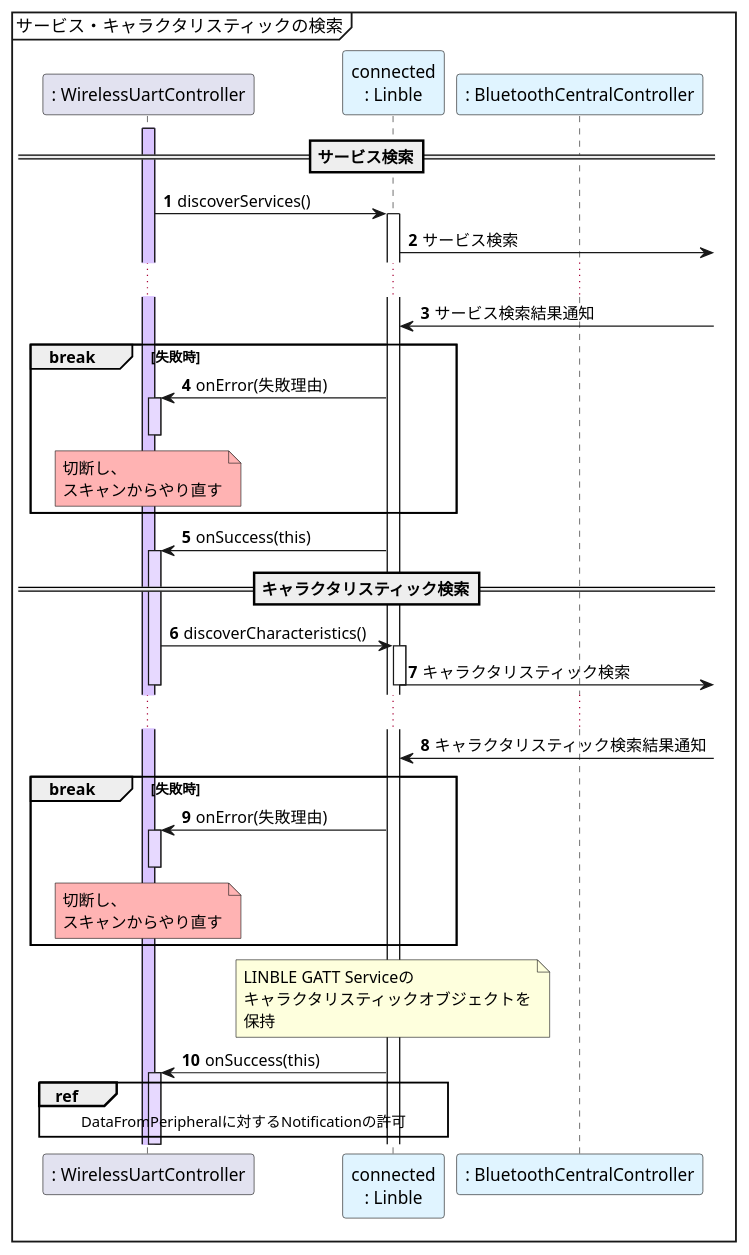
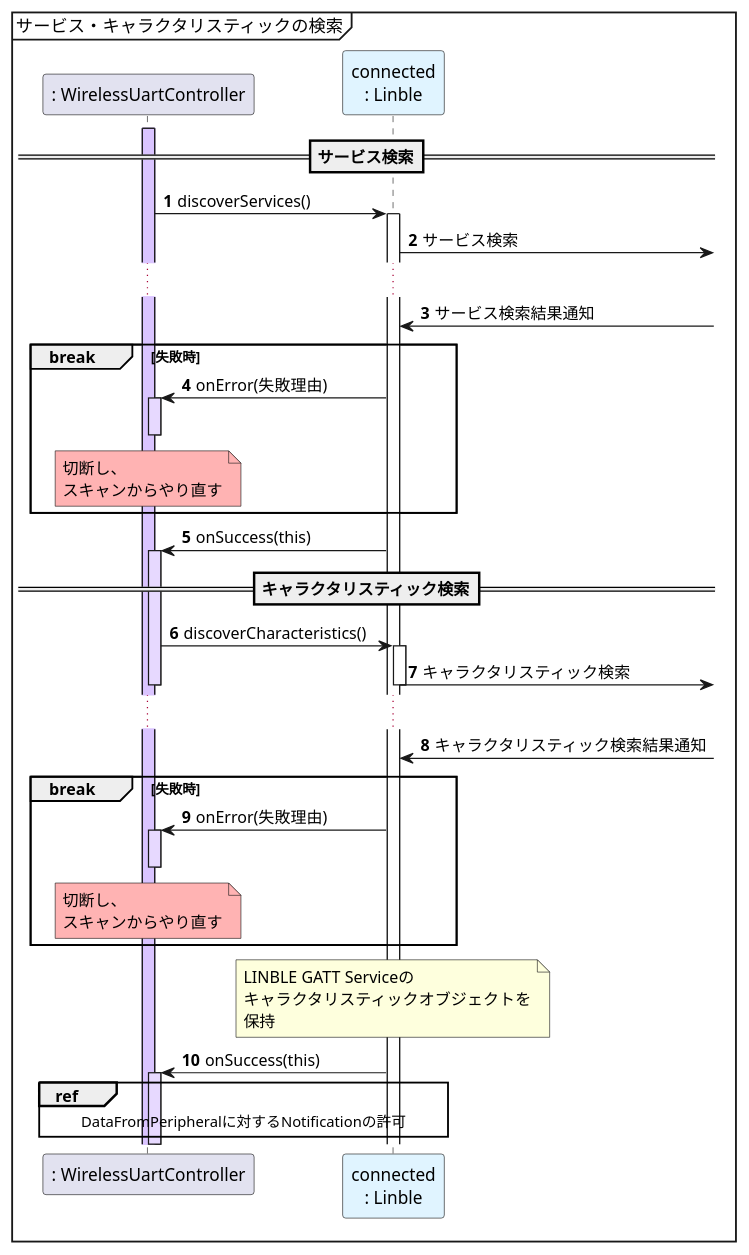
The seventh of 16 diagrams in plantuml.md (musen-connect-inc/linble-sample-wireless-uart), drawn with PlantUML before and after one commit. The commit also changed other lines of this file and 2 other files, not shown here.

Commit message:
GATT準備のシーケンス図に余計なオブジェクトがあったのを修正

````diff
--- a/plantuml.md
+++ b/plantuml.md
@@ -270,66 +270,65 @@
 ```plantuml
 @startuml sequence_discover_services_and_characteristics
 
 mainframe サービス・キャラクタリスティックの検索
 
 participant ": WirelessUartController" as WirelessUartController
 participant "connected\n: Linble" as Linble #e0f4ff
-participant ": BluetoothCentralController" as BluetoothCentralController #e0f4ff
 
 autonumber
 
 ==サービス検索==
 
 activate WirelessUartController #dac4ff
 WirelessUartController -> Linble: discoverServices()
 activate Linble
 Linble ->]: サービス検索
 
 ...
 
 Linble <-]: サービス検索結果通知
 
 break 失敗時
 
 WirelessUartController <- Linble: onError(失敗理由)
 activate WirelessUartController #e7d9ff
 note over WirelessUartController #ffb3b3: 切断し、\nスキャンからやり直す
 deactivate WirelessUartController
 
 
 end
 
 WirelessUartController <- Linble: onSuccess(this)
 activate WirelessUartController #e7d9ff
 
 ==キャラクタリスティック検索==
 
 WirelessUartController -> Linble: discoverCharacteristics()
 activate Linble
 Linble ->]: キャラクタリスティック検索
 deactivate WirelessUartController
 
 deactivate Linble
 
 ...
 
 Linble <-]: キャラクタリスティック検索結果通知
 
 break 失敗時
 
 WirelessUartController <- Linble: onError(失敗理由)
 activate WirelessUartController #e7d9ff
 note over WirelessUartController #ffb3b3: 切断し、\nスキャンからやり直す
 deactivate WirelessUartController
 
 end
 
 note over Linble: LINBLE GATT Serviceの\nキャラクタリスティックオブジェクトを\n保持
 
 WirelessUartController <- Linble: onSuccess(this)
 activate WirelessUartController #e7d9ff
 
 ref over WirelessUartController, Linble: DataFromPeripheralに対するNotificationの許可
 
 @enduml
 ```
````
